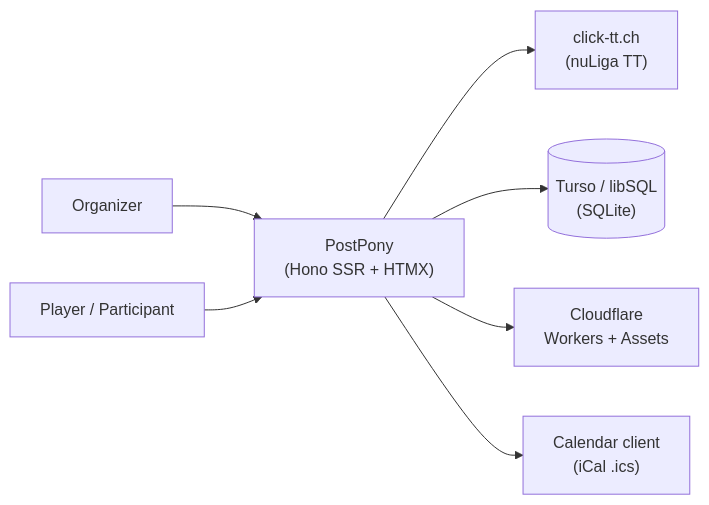
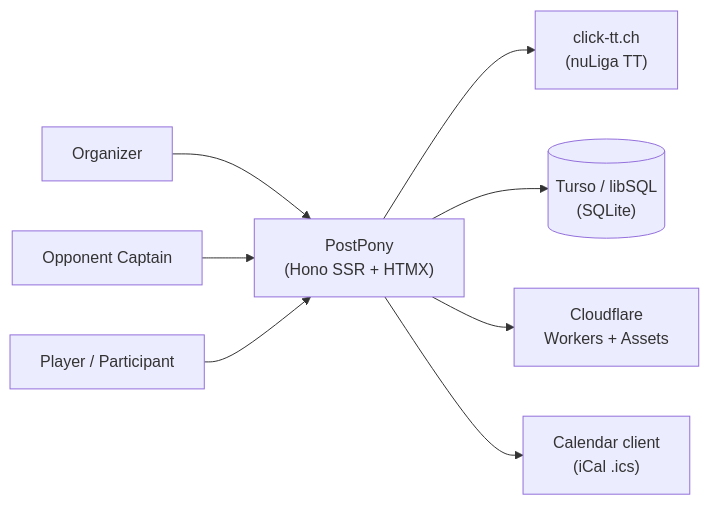
Before and after one commit to HonoluluHenk/postpony: the diagram in docs/arc42/03-context-and-scope.md, drawn with Mermaid. The commit also changed other lines of this file and 9 other files, not shown here.

````diff
--- a/docs/arc42/03-context-and-scope.md
+++ b/docs/arc42/03-context-and-scope.md
@@ -5,9 +5,10 @@
 ```mermaid
 flowchart LR
     O["Organizer"] --> P["PostPony<br/>(Hono SSR + HTMX)"]
+    OC["Opponent Captain"] --> P
     PL["Player / Participant"] --> P
     P --> CT["click-tt.ch<br/>(nuLiga TT)"]
     P --> DB[("Turso / libSQL<br/>(SQLite)")]
     P --> CF["Cloudflare<br/>Workers + Assets"]
     P --> CAL["Calendar client<br/>(iCal .ics)"]
 ```
````
